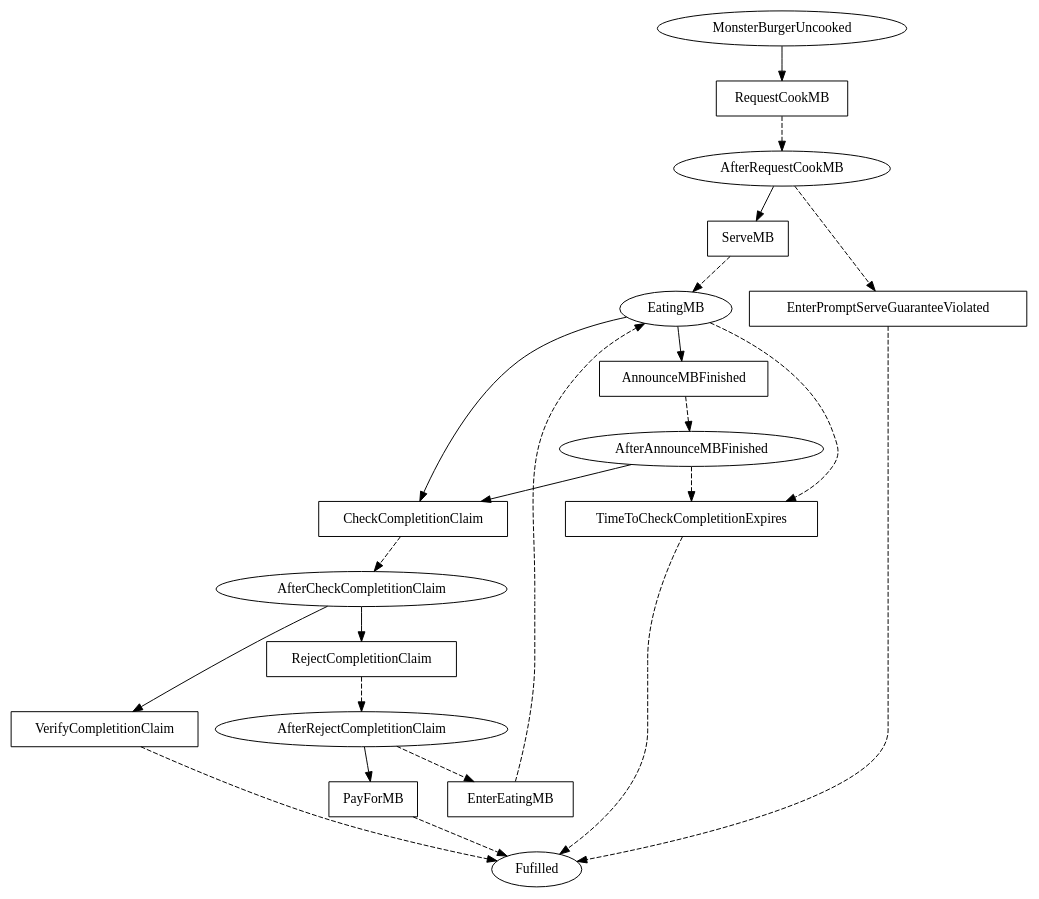
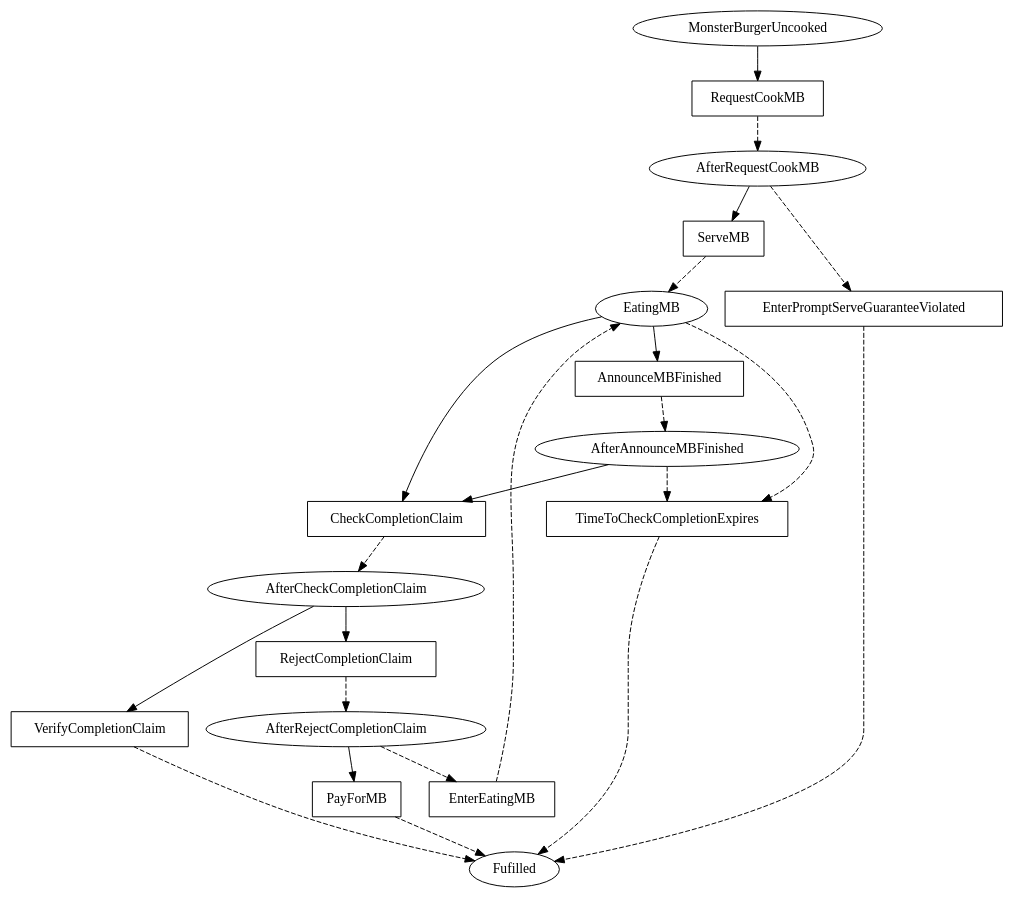
Before and after one commit to Marcao02/complaw-deeptech: the diagram in linear_state_machine_language/pyL4/examples_graphviz_gen/toy_and_teaching/monster_burger_program_only.dot, drawn with Graphviz. The commit also changed 10 other files, not shown here.

```diff
--- a/linear_state_machine_language/pyL4/examples_graphviz_gen/toy_and_teaching/monster_burger_program_only.dot
+++ b/linear_state_machine_language/pyL4/examples_graphviz_gen/toy_and_teaching/monster_burger_program_only.dot
@@ -1,49 +1,49 @@
 // THIS IS A GENERATED FILE. DO NOT EDIT.
 
 digraph Monster_Burger {    
     Fulfilled[label=Fufilled];
     MonsterBurgerUncooked[label=MonsterBurgerUncooked];
 	AfterRequestCookMB[label=AfterRequestCookMB];
 	EatingMB[label=EatingMB];
 	AfterAnnounceMBFinished[label=AfterAnnounceMBFinished];
-	AfterCheckCompletitionClaim[label=AfterCheckCompletitionClaim];
-	AfterRejectCompletitionClaim[label=AfterRejectCompletitionClaim]
+	AfterCheckCompletionClaim[label=AfterCheckCompletionClaim];
+	AfterRejectCompletionClaim[label=AfterRejectCompletionClaim]
     
      
     RequestCookMB[label=RequestCookMB,shape=box];
 	ServeMB[label=ServeMB,shape=box];
 	EnterPromptServeGuaranteeViolated[label=EnterPromptServeGuaranteeViolated,shape=box];
 	EnterEatingMB[label=EnterEatingMB,shape=box];
 	AnnounceMBFinished[label=AnnounceMBFinished,shape=box];
-	TimeToCheckCompletitionExpires[label=TimeToCheckCompletitionExpires,shape=box];
-	CheckCompletitionClaim[label=CheckCompletitionClaim,shape=box];
-	RejectCompletitionClaim[label=RejectCompletitionClaim,shape=box];
+	TimeToCheckCompletionExpires[label=TimeToCheckCompletionExpires,shape=box];
+	CheckCompletionClaim[label=CheckCompletionClaim,shape=box];
+	RejectCompletionClaim[label=RejectCompletionClaim,shape=box];
 	PayForMB[label=PayForMB,shape=box];
-	VerifyCompletitionClaim[label=VerifyCompletitionClaim,shape=box]    
+	VerifyCompletionClaim[label=VerifyCompletionClaim,shape=box]    
     
     
     
     MonsterBurgerUncooked -> RequestCookMB;
 	AfterRequestCookMB -> ServeMB;
 	AfterRequestCookMB -> EnterPromptServeGuaranteeViolated [style=dashed];
 	EatingMB -> AnnounceMBFinished;
-	EatingMB -> CheckCompletitionClaim;
-	EatingMB -> TimeToCheckCompletitionExpires [style=dashed];
-	AfterAnnounceMBFinished -> CheckCompletitionClaim;
-	AfterAnnounceMBFinished -> TimeToCheckCompletitionExpires [style=dashed];
-	AfterCheckCompletitionClaim -> VerifyCompletitionClaim;
-	AfterCheckCompletitionClaim -> RejectCompletitionClaim;
-	AfterRejectCompletitionClaim -> EnterEatingMB [style=dashed];
-	AfterRejectCompletitionClaim -> PayForMB
+	EatingMB -> CheckCompletionClaim;
+	EatingMB -> TimeToCheckCompletionExpires [style=dashed];
+	AfterAnnounceMBFinished -> CheckCompletionClaim;
+	AfterAnnounceMBFinished -> TimeToCheckCompletionExpires [style=dashed];
+	AfterCheckCompletionClaim -> VerifyCompletionClaim;
+	AfterCheckCompletionClaim -> RejectCompletionClaim;
+	AfterRejectCompletionClaim -> EnterEatingMB [style=dashed];
+	AfterRejectCompletionClaim -> PayForMB
     
     RequestCookMB -> AfterRequestCookMB [style=dashed];
 	ServeMB -> EatingMB [style=dashed];
 	EnterPromptServeGuaranteeViolated -> Fulfilled [style=dashed];
 	EnterEatingMB -> EatingMB [style=dashed];
 	AnnounceMBFinished -> AfterAnnounceMBFinished [style=dashed];
-	TimeToCheckCompletitionExpires -> Fulfilled [style=dashed];
-	CheckCompletitionClaim -> AfterCheckCompletitionClaim [style=dashed];
-	RejectCompletitionClaim -> AfterRejectCompletitionClaim [style=dashed];
+	TimeToCheckCompletionExpires -> Fulfilled [style=dashed];
+	CheckCompletionClaim -> AfterCheckCompletionClaim [style=dashed];
+	RejectCompletionClaim -> AfterRejectCompletionClaim [style=dashed];
 	PayForMB -> Fulfilled [style=dashed];
-	VerifyCompletitionClaim -> Fulfilled [style=dashed]        
+	VerifyCompletionClaim -> Fulfilled [style=dashed]        
 }
```
